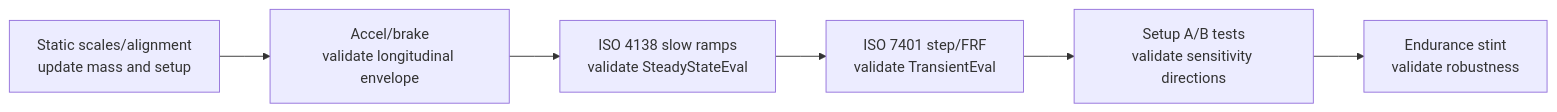
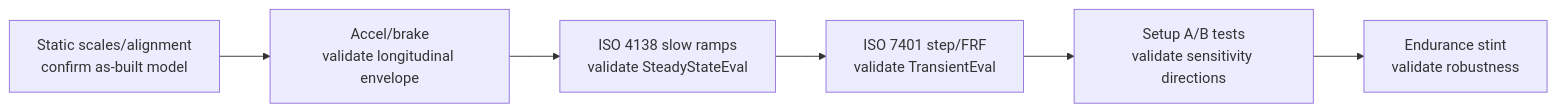
One commit to LonghornRacingElectric/lhre-simulation changed the seventh of 9 diagrams in reports/DS-009-fsae-design-notebook.md. Above: the diagram before and after it, drawn with Mermaid. The commit also changed other lines of this file and 8 other files, not shown here.

````diff
--- a/reports/DS-009-fsae-design-notebook.md
+++ b/reports/DS-009-fsae-design-notebook.md
@@ -492,12 +496,12 @@
 ```mermaid
 %%{init: {"flowchart": {"curve": "linear", "nodeSpacing": 35, "rankSpacing": 55}} }%%
 flowchart LR
-  S0["Static scales/alignment<br/>update mass and setup"]
+  S0["Static scales/alignment<br/>confirm as-built model"]
   S1["Accel/brake<br/>validate longitudinal envelope"]
   S2["ISO 4138 slow ramps<br/>validate SteadyStateEval"]
   S3["ISO 7401 step/FRF<br/>validate TransientEval"]
   S4["Setup A/B tests<br/>validate sensitivity directions"]
   S5["Endurance stint<br/>validate robustness"]
 
   S0 --> S1 --> S2 --> S3 --> S4 --> S5
 ```
````
